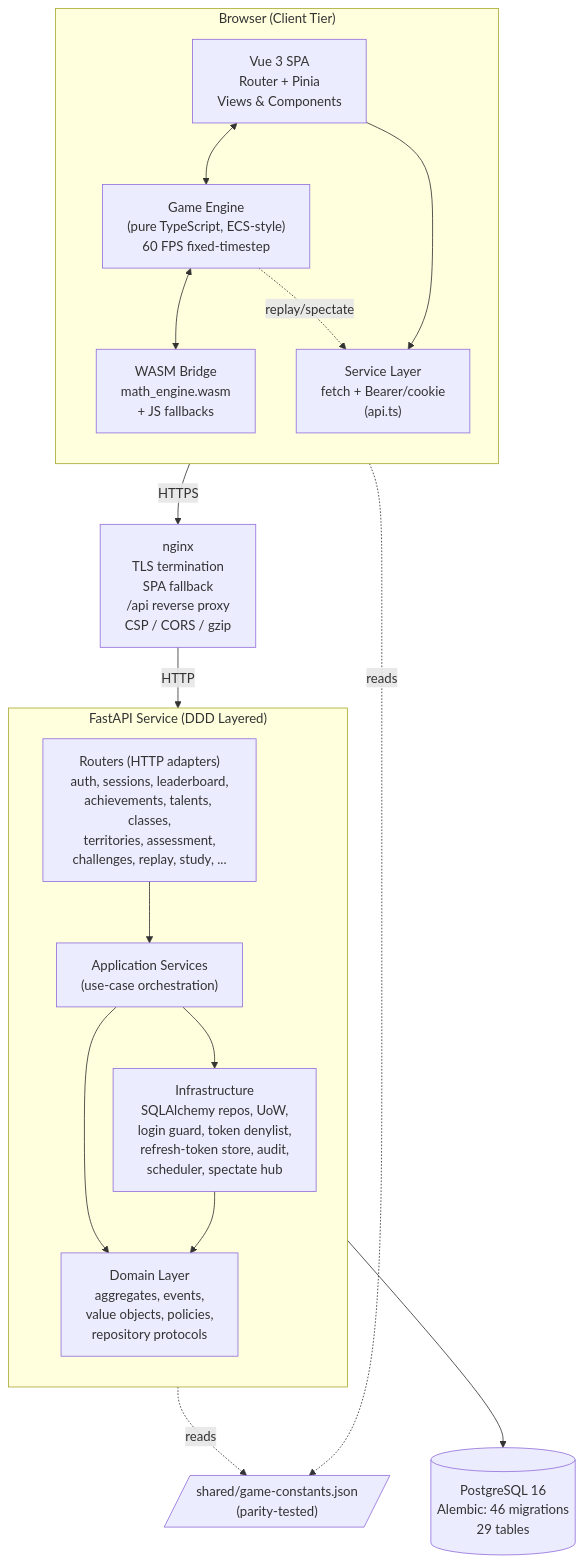
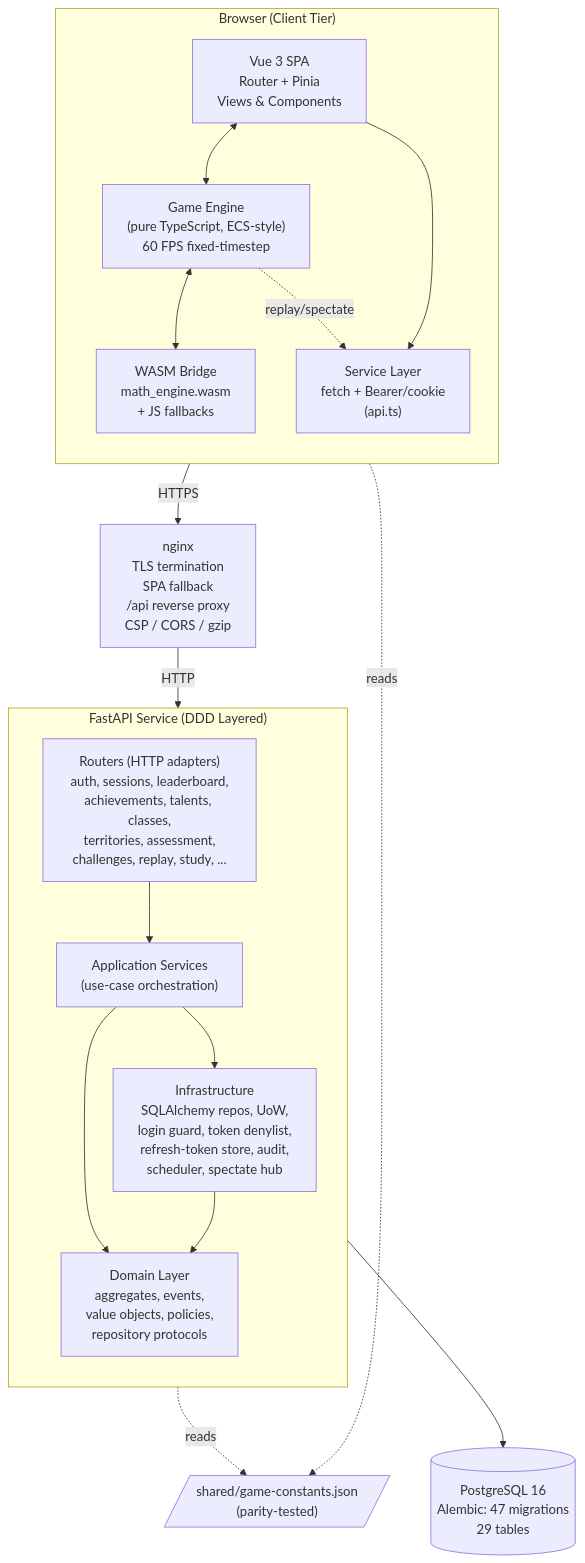
The first of 10 diagrams in ARCHITECTURE.md (2026-NTNU-Computer-Programming-II-POLS/Math-Defense), drawn with Mermaid before and after one commit. The commit also changed other lines of this file, not shown here.

````diff
--- a/ARCHITECTURE.md
+++ b/ARCHITECTURE.md
@@ -39,36 +39,36 @@
 ```mermaid
 flowchart TB
     subgraph Client["Browser (Client Tier)"]
         direction TB
         SPA["Vue 3 SPA<br/>Router + Pinia<br/>Views & Components"]
         Engine["Game Engine<br/>(pure TypeScript, ECS-style)<br/>60 FPS fixed-timestep"]
         WASM["WASM Bridge<br/>math_engine.wasm<br/>+ JS fallbacks"]
         APIClient["Service Layer<br/>fetch + Bearer/cookie<br/>(api.ts)"]
         SPA <--> Engine
         Engine <--> WASM
         SPA --> APIClient
         Engine -.replay/spectate.-> APIClient
     end
 
     Nginx["nginx<br/>TLS termination<br/>SPA fallback<br/>/api reverse proxy<br/>CSP / CORS / gzip"]
 
     subgraph Backend["FastAPI Service (DDD Layered)"]
         direction TB
         Routers["Routers (HTTP adapters)<br/>auth, sessions, leaderboard,<br/>achievements, talents, classes,<br/>territories, assessment,<br/>challenges, replay, study, ..."]
         AppSvc["Application Services<br/>(use-case orchestration)"]
         Domain["Domain Layer<br/>aggregates, events,<br/>value objects, policies,<br/>repository protocols"]
         Infra["Infrastructure<br/>SQLAlchemy repos, UoW,<br/>login guard, token denylist,<br/>refresh-token store, audit,<br/>scheduler, spectate hub"]
         Routers --> AppSvc --> Domain
         AppSvc --> Infra
         Infra --> Domain
     end
 
-    DB[("PostgreSQL 16<br/>Alembic: 46 migrations<br/>29 tables")]
+    DB[("PostgreSQL 16<br/>Alembic: 47 migrations<br/>29 tables")]
     Shared[/"shared/game-constants.json<br/>(parity-tested)"/]
 
     Client -- HTTPS --> Nginx
     Nginx -- HTTP --> Routers
     Infra --> DB
     Engine -. reads .-> Shared
     Backend -. reads .-> Shared
 ```
````
